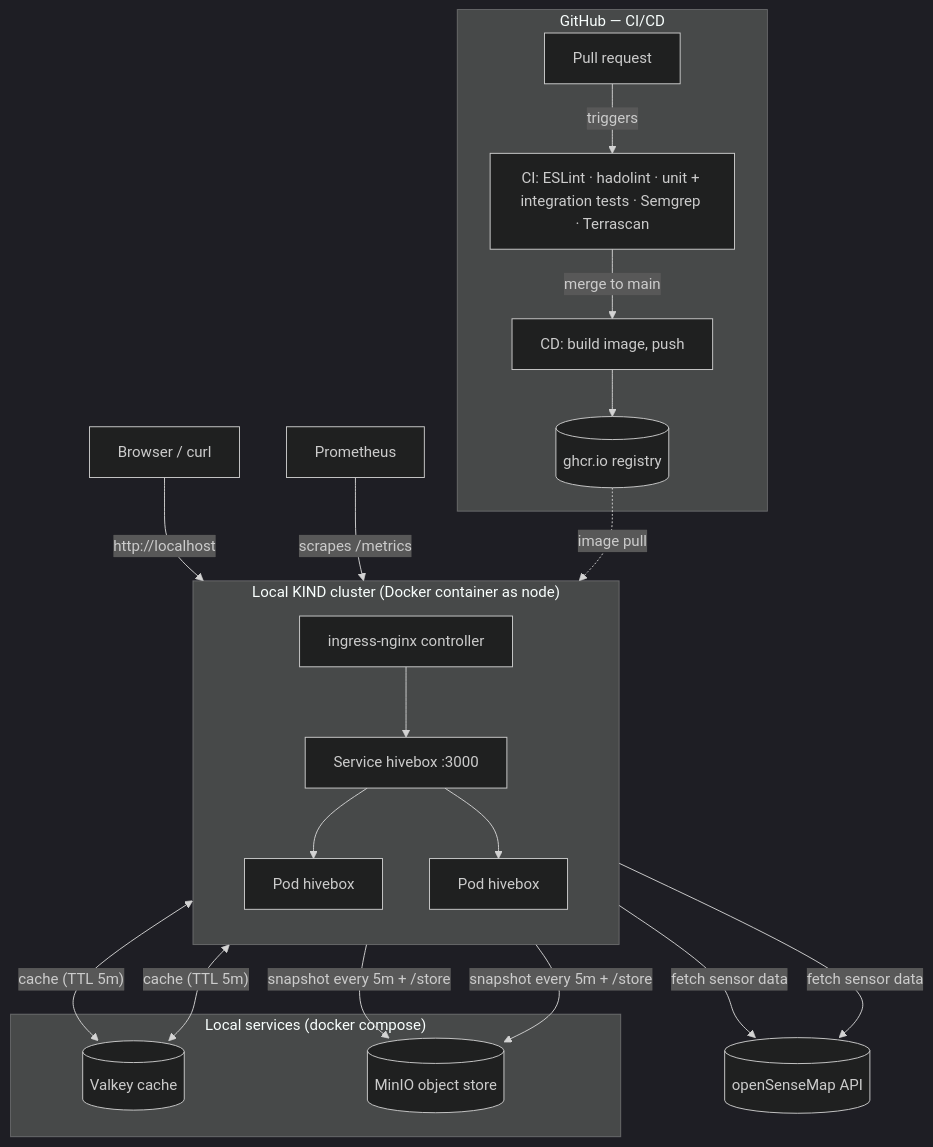
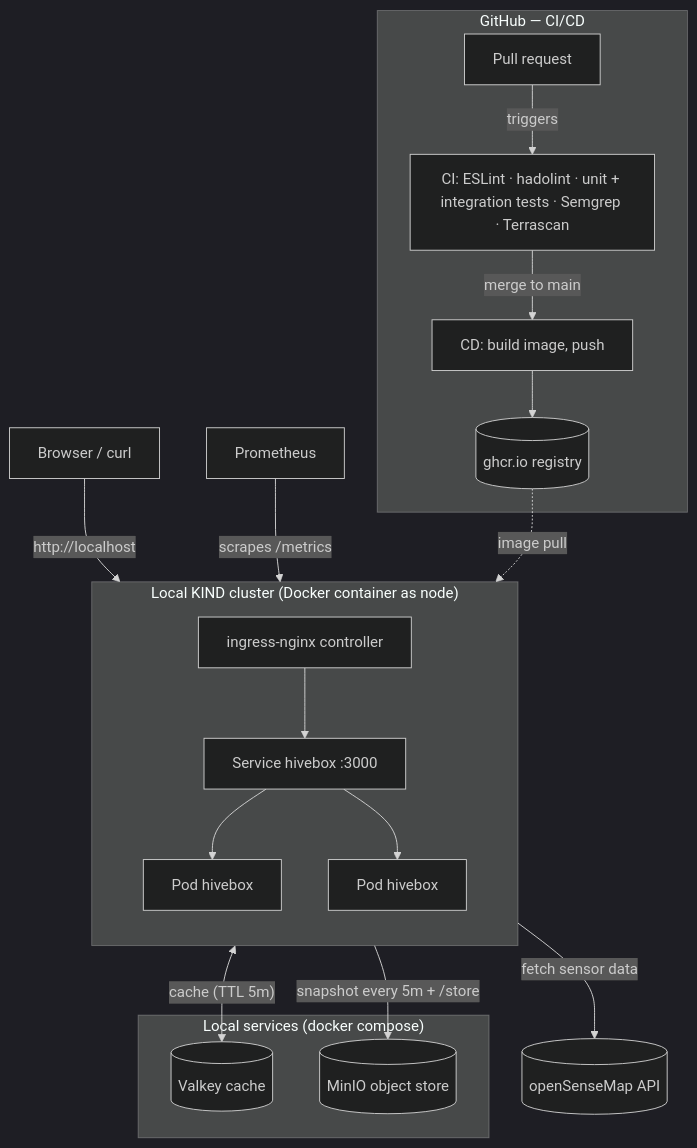
Before and after one commit to Hydra2113/devops-hands-on-project-hivebox: the diagram in README.md, drawn with Mermaid (dark theme).

Commit message:
docs: single arrow per external system in architecture diagram
'P1 & P2 -->' expands to one edge per pod; draw the openSenseMap,
Valkey and MinIO edges from the cluster subgraph instead, matching
the existing GHCR arrow style.

````diff
--- a/README.md
+++ b/README.md
@@ -59,27 +59,27 @@
 ```mermaid
 flowchart TB
     subgraph pipeline["GitHub — CI/CD"]
         PR[Pull request] -->|triggers| CI["CI: ESLint · hadolint · unit + integration tests · Semgrep · Terrascan"]
         CI -->|merge to main| CD["CD: build image, push"]
         CD --> GHCR[("ghcr.io registry")]
     end
 
     subgraph cluster["Local KIND cluster (Docker container as node)"]
         direction TB
         ING[ingress-nginx controller] --> SVC[Service hivebox :3000]
         SVC --> P1[Pod hivebox]
         SVC --> P2[Pod hivebox]
     end
 
     subgraph compose["Local services (docker compose)"]
         VK[("Valkey cache")]
         MIO[("MinIO object store")]
     end
 
     U[Browser / curl] -->|http://localhost| ING
-    P1 & P2 -->|fetch sensor data| OSM[("openSenseMap API")]
-    P1 & P2 <-->|"cache (TTL 5m)"| VK
-    P1 & P2 -->|"snapshot every 5m + /store"| MIO
+    cluster -->|fetch sensor data| OSM[("openSenseMap API")]
+    cluster <-->|"cache (TTL 5m)"| VK
+    cluster -->|"snapshot every 5m + /store"| MIO
     PROM[Prometheus] -->|scrapes /metrics| ING
     GHCR -.->|image pull| cluster
 ```
````
